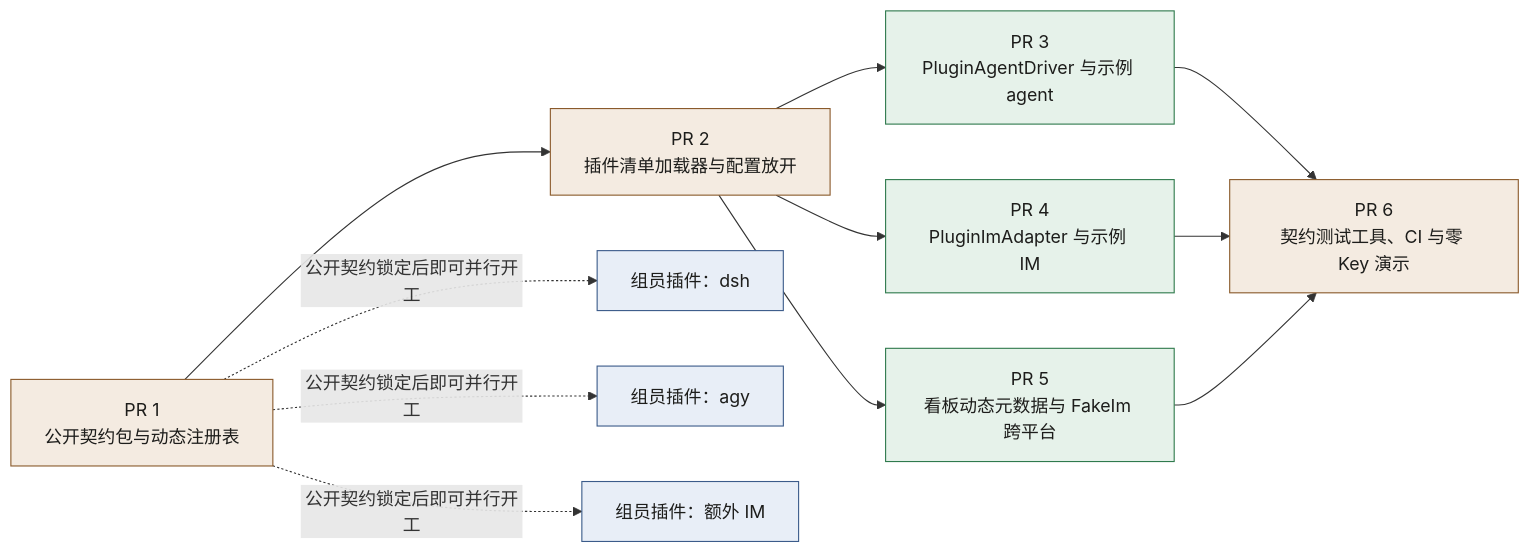
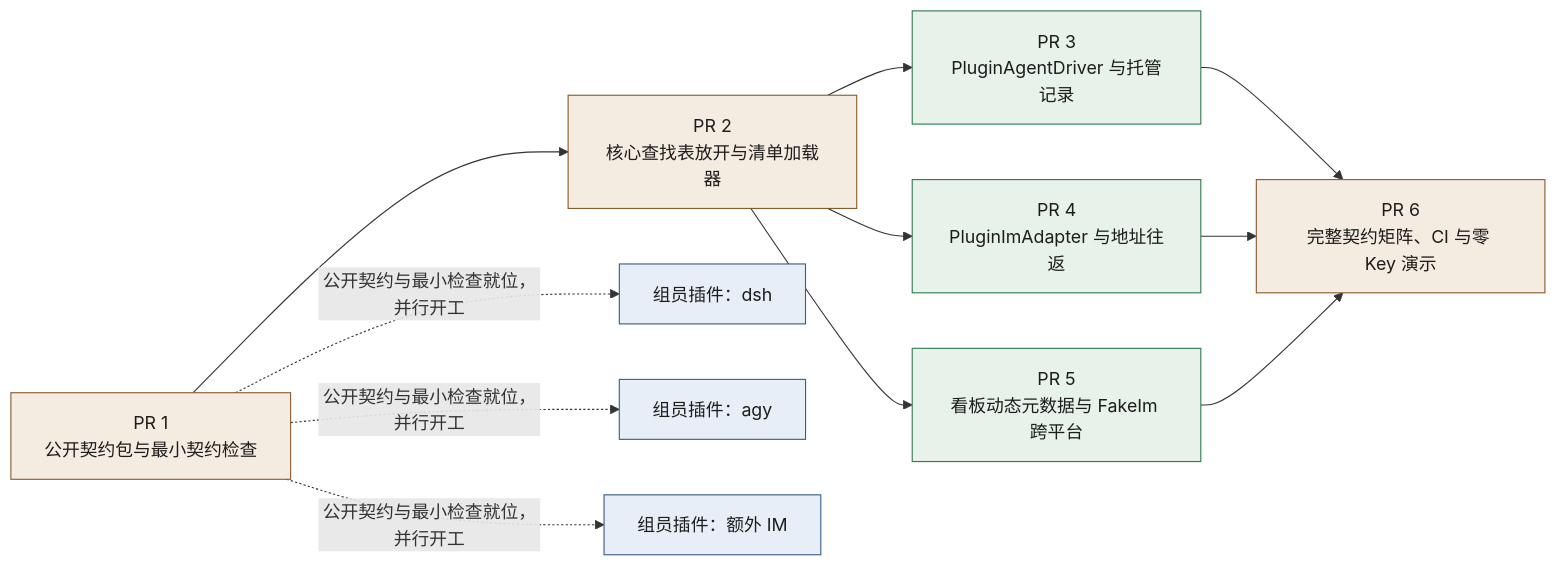
One commit to Rhapsody0x1/Rhodium-OSS changed the third of 3 diagrams in docs/spec/plugins.md. Above: the diagram before and after it, drawn with Mermaid. The commit also changed other lines of this file and 1 other file, not shown here.

Commit message:
docs: address PR #1 review comments on plugin proposal

````diff
--- a/docs/spec/plugins.md
+++ b/docs/spec/plugins.md
@@ -533,29 +596,29 @@
 ```mermaid
 flowchart LR
   classDef core fill:#f4ebe1,stroke:#8a5a2b,color:#1d1d1b
   classDef par fill:#e6f2ea,stroke:#2f7a4d,color:#1d1d1b
   classDef ext fill:#e8eef7,stroke:#3b5b8a,color:#1d1d1b
 
-  P1["PR 1<br/>公开契约包与动态注册表"]:::core
-  P2["PR 2<br/>插件清单加载器与配置放开"]:::core
-  P3["PR 3<br/>PluginAgentDriver 与示例 agent"]:::par
-  P4["PR 4<br/>PluginImAdapter 与示例 IM"]:::par
+  P1["PR 1<br/>公开契约包与最小契约检查"]:::core
+  P2["PR 2<br/>核心查找表放开与清单加载器"]:::core
+  P3["PR 3<br/>PluginAgentDriver 与托管记录"]:::par
+  P4["PR 4<br/>PluginImAdapter 与地址往返"]:::par
   P5["PR 5<br/>看板动态元数据与 FakeIm 跨平台"]:::par
-  P6["PR 6<br/>契约测试工具、CI 与零 Key 演示"]:::core
+  P6["PR 6<br/>完整契约矩阵、CI 与零 Key 演示"]:::core
 
   M1["组员插件：dsh"]:::ext
   M2["组员插件：agy"]:::ext
   M3["组员插件：额外 IM"]:::ext
 
   P1 --> P2
   P2 --> P3
   P2 --> P4
   P2 --> P5
   P3 --> P6
   P4 --> P6
   P5 --> P6
 
-  P1 -. "公开契约锁定后即可并行开工" .-> M1
-  P1 -. "公开契约锁定后即可并行开工" .-> M2
-  P1 -. "公开契约锁定后即可并行开工" .-> M3
+  P1 -. "公开契约与最小检查就位，并行开工" .-> M1
+  P1 -. "公开契约与最小检查就位，并行开工" .-> M2
+  P1 -. "公开契约与最小检查就位，并行开工" .-> M3
 ```
````
